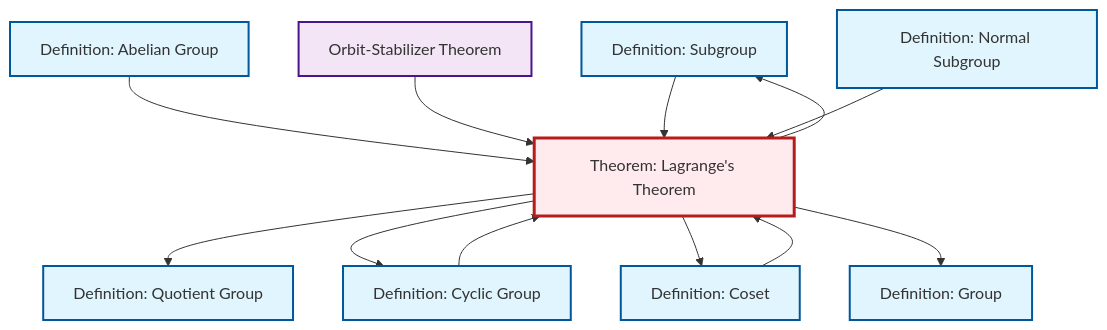
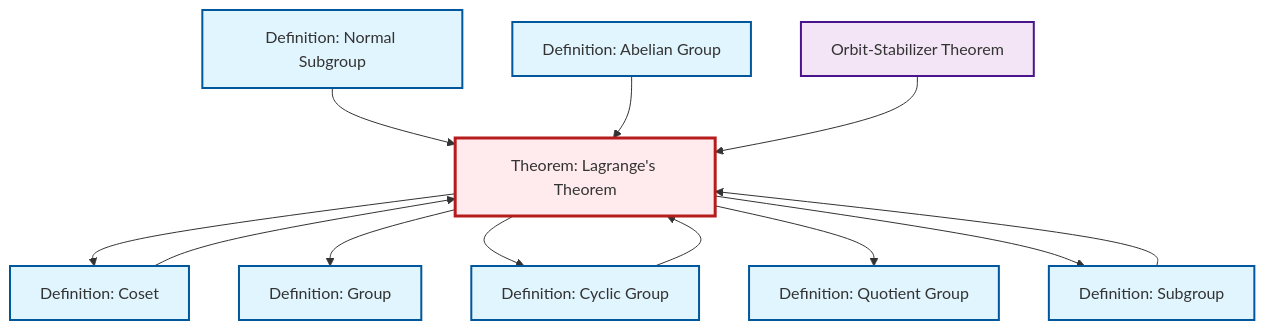
The diagram in content/en/algebra/thm-lagrange.qmd (RK0429/ModernMath), drawn with Mermaid before and after one commit. The commit also changed other lines of this file and 491 other files, not shown here.

````diff
--- a/content/en/algebra/thm-lagrange.qmd
+++ b/content/en/algebra/thm-lagrange.qmd
@@ -49,38 +49,38 @@
 ```{mermaid}
 %%| fig-cap: "Local dependency graph"
 graph TD
     classDef definition fill:#e1f5fe,stroke:#01579b,stroke-width:2px
     classDef theorem fill:#f3e5f5,stroke:#4a148c,stroke-width:2px
     classDef axiom fill:#fff3e0,stroke:#e65100,stroke-width:2px
     classDef example fill:#e8f5e9,stroke:#1b5e20,stroke-width:2px
     classDef current fill:#ffebee,stroke:#b71c1c,stroke-width:3px
+    def-abelian-group["Definition: Abelian Group"]:::definition
+    def-cyclic-group["Definition: Cyclic Group"]:::definition
+    def-normal-subgroup["Definition: Normal Subgroup"]:::definition
+    def-subgroup["Definition: Subgroup"]:::definition
+    def-coset["Definition: Coset"]:::definition
     def-group["Definition: Group"]:::definition
-    def-subgroup["Definition: Subgroup"]:::definition
-    def-cyclic-group["Definition: Cyclic Group"]:::definition
+    thm-orbit-stabilizer["Orbit-Stabilizer Theorem"]:::theorem
     thm-lagrange["Theorem: Lagrange's Theorem"]:::theorem
-    def-abelian-group["Definition: Abelian Group"]:::definition
-    thm-orbit-stabilizer["Orbit-Stabilizer Theorem"]:::theorem
-    def-coset["Definition: Coset"]:::definition
-    def-normal-subgroup["Definition: Normal Subgroup"]:::definition
     def-quotient-group["Definition: Quotient Group"]:::definition
-    def-abelian-group --> thm-lagrange
-    thm-lagrange --> def-quotient-group
-    def-cyclic-group --> thm-lagrange
-    thm-lagrange --> def-cyclic-group
-    thm-orbit-stabilizer --> thm-lagrange
-    def-subgroup --> thm-lagrange
-    def-coset --> thm-lagrange
-    thm-lagrange --> def-subgroup
-    def-normal-subgroup --> thm-lagrange
     thm-lagrange --> def-coset
     thm-lagrange --> def-group
+    def-coset --> thm-lagrange
+    thm-lagrange --> def-cyclic-group
+    def-normal-subgroup --> thm-lagrange
+    thm-lagrange --> def-quotient-group
+    def-subgroup --> thm-lagrange
+    def-abelian-group --> thm-lagrange
+    thm-lagrange --> def-subgroup
+    def-cyclic-group --> thm-lagrange
+    thm-orbit-stabilizer --> thm-lagrange
     class thm-lagrange current
+    click def-abelian-group "def-abelian-group.html" "Go to Abelian Group definition"
+    click def-cyclic-group "def-cyclic-group.html" "Go to Cyclic Group definition"
+    click def-normal-subgroup "def-normal-subgroup.html" "Go to Normal Subgroup definition"
+    click def-subgroup "def-subgroup.html" "Go to Subgroup definition"
+    click def-coset "def-coset.html" "Go to Coset definition"
     click def-group "def-group.html" "Go to Group definition"
-    click def-subgroup "def-subgroup.html" "Go to Subgroup definition"
-    click def-cyclic-group "def-cyclic-group.html" "Go to Cyclic Group definition"
-    click def-abelian-group "def-abelian-group.html" "Go to Abelian Group definition"
     click thm-orbit-stabilizer "thm-orbit-stabilizer.html" "Go to Orbit-Stabilizer Theorem"
-    click def-coset "def-coset.html" "Go to Coset definition"
-    click def-normal-subgroup "def-normal-subgroup.html" "Go to Normal Subgroup definition"
     click def-quotient-group "def-quotient-group.html" "Go to Quotient Group definition"
 ```
````
